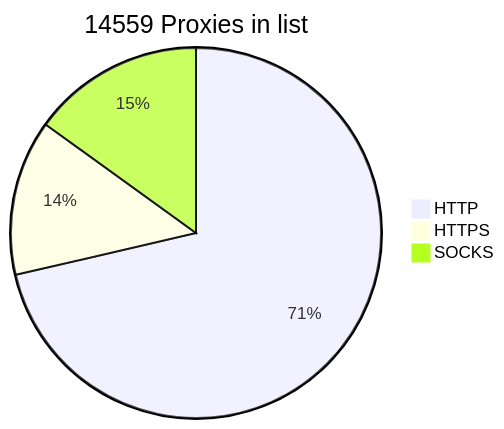
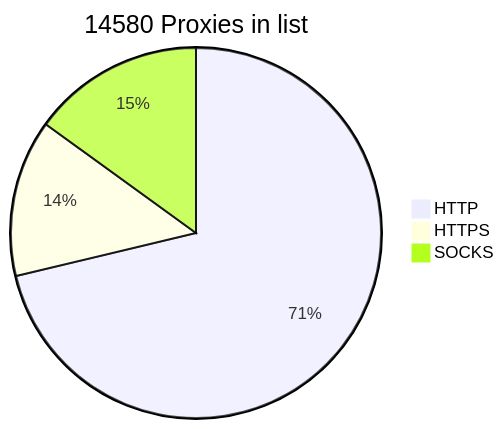
One commit to BlackSnowDot/proxylist-update-every-minute changed the diagram in README.md. Above: the diagram before and after it, drawn with Mermaid. The commit also changed other lines of this file, not shown here.

````diff
--- a/README.md
+++ b/README.md
@@ -2,6 +2,6 @@
 ```mermaid
-pie title 14559 Proxies in list
-    "HTTP" : 10876
-    "HTTPS": 2070
+pie title 14580 Proxies in list
+    "HTTP" : 10874
+    "HTTPS": 2093
     "SOCKS" : 2293
 ```
````
